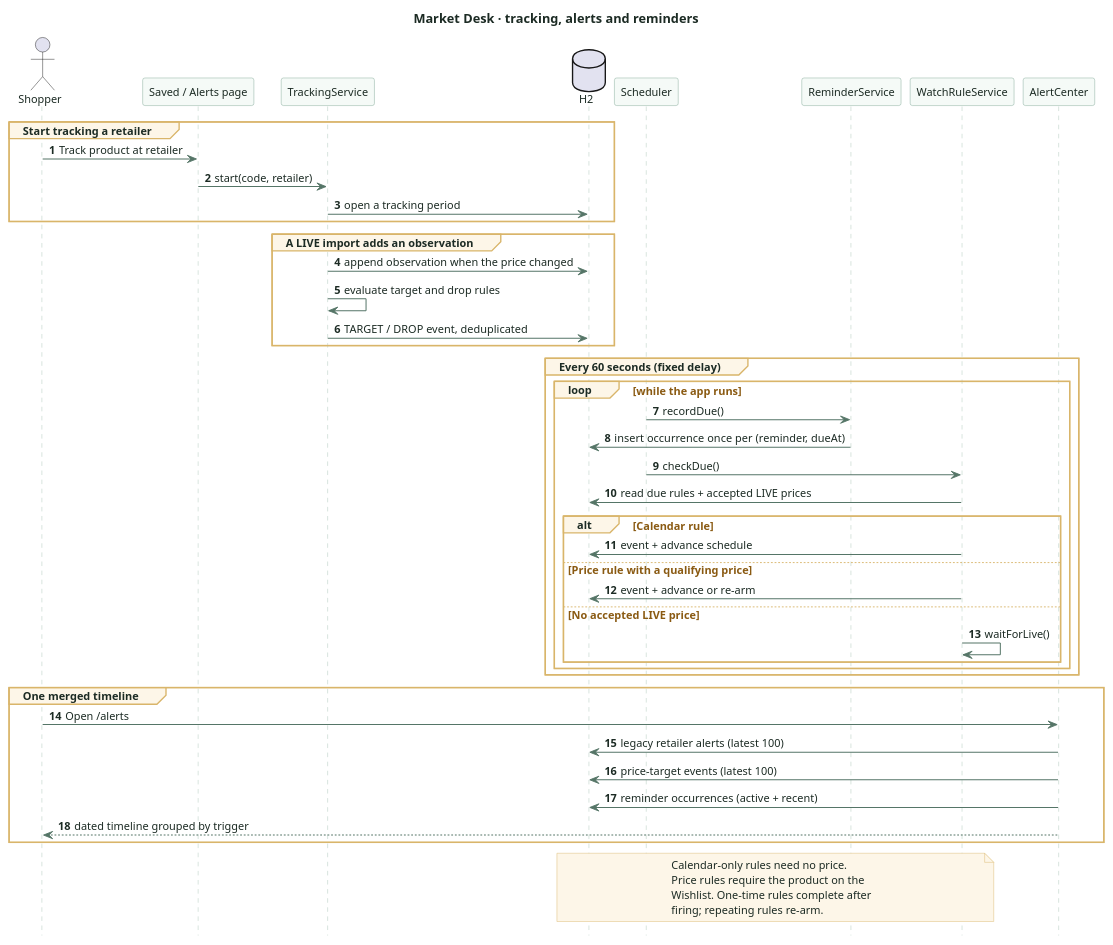
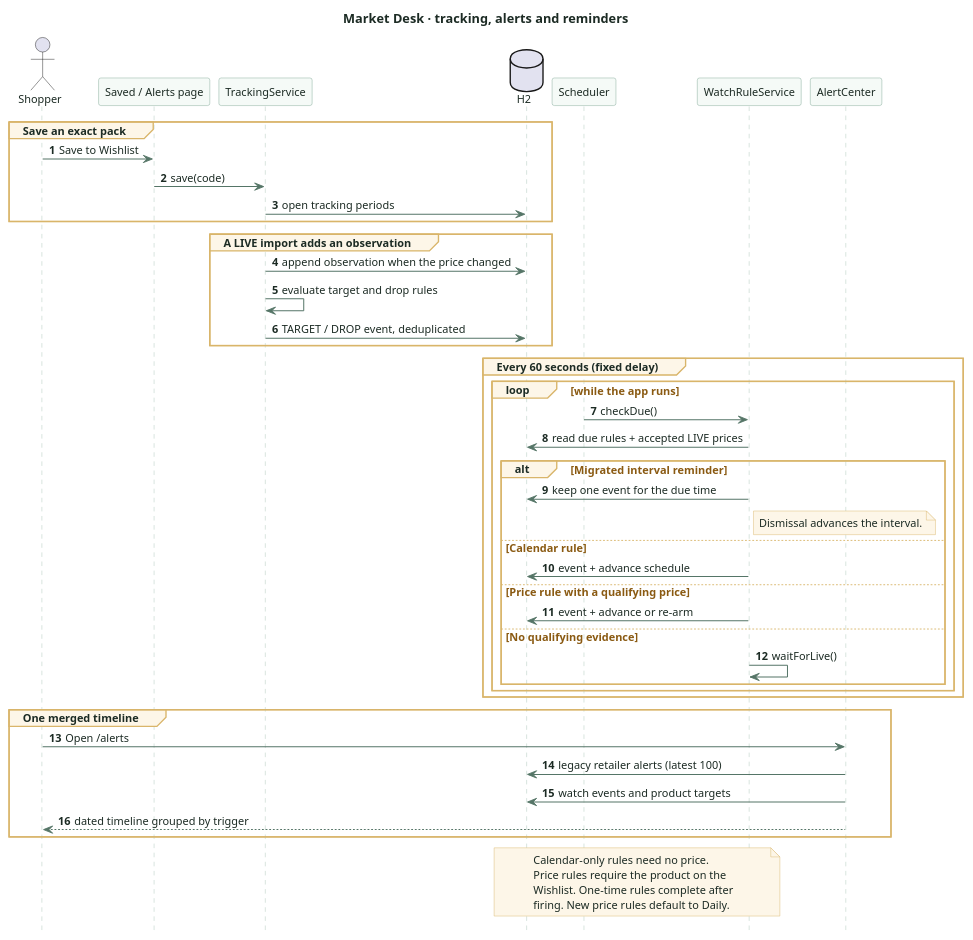
One commit to LamHeiKit230208993/CS3383-Project changed the diagram in docs/guide/system-guide/diagrams/sequence-alerts.puml. Above: the diagram before and after it, drawn with PlantUML. The commit also changed 42 other files, not shown here.

```diff
--- a/docs/guide/system-guide/diagrams/sequence-alerts.puml
+++ b/docs/guide/system-guide/diagrams/sequence-alerts.puml
@@ -1,75 +1,76 @@
 @startuml
 autonumber
 hide footbox
 skinparam backgroundColor transparent
 skinparam defaultFontName "Segoe UI"
 skinparam defaultFontSize 12
 skinparam defaultFontColor #1C2B24
 skinparam shadowing false
 skinparam arrowColor #557567
 skinparam arrowThickness 1.1
 skinparam sequenceParticipantBackgroundColor #F5FAF7
 skinparam sequenceParticipantBorderColor #7FA694
 skinparam sequenceParticipantFontColor #1C2B24
 skinparam sequenceLifeLineBorderColor #A9C4B6
 skinparam sequenceGroupBackgroundColor #FDF6E8
 skinparam sequenceGroupBorderColor #D9B56A
 skinparam sequenceGroupFontColor #8A5A12
 skinparam noteBackgroundColor #FDF6E8
 skinparam noteBorderColor #D9B56A
 
 title Market Desk · tracking, alerts and reminders
 
 actor Shopper
 participant "Saved / Alerts page" as Web
 participant "TrackingService" as Tracking
 database "H2" as DB
 participant "Scheduler" as Scheduler
-participant "ReminderService" as Reminders
 participant "WatchRuleService" as Watch
 participant "AlertCenter" as Center
 
-group Start tracking a retailer
-  Shopper -> Web : Track product at retailer
-  Web -> Tracking : start(code, retailer)
-  Tracking -> DB : open a tracking period
+group Save an exact pack
+  Shopper -> Web : Save to Wishlist
+  Web -> Tracking : save(code)
+  Tracking -> DB : open tracking periods
 end
 
 group A LIVE import adds an observation
   Tracking -> DB : append observation when the price changed
   Tracking -> Tracking : evaluate target and drop rules
   Tracking -> DB : TARGET / DROP event, deduplicated
 end
 
 group Every 60 seconds (fixed delay)
   loop while the app runs
-    Scheduler -> Reminders : recordDue()
-    Reminders -> DB : insert occurrence once per (reminder, dueAt)
     Scheduler -> Watch : checkDue()
     Watch -> DB : read due rules + accepted LIVE prices
-    alt Calendar rule
+    alt Migrated interval reminder
+      Watch -> DB : keep one event for the due time
+      note right of Watch
+        Dismissal advances the interval.
+      end note
+    else Calendar rule
       Watch -> DB : event + advance schedule
     else Price rule with a qualifying price
       Watch -> DB : event + advance or re-arm
-    else No accepted LIVE price
+    else No qualifying evidence
       Watch -> Watch : waitForLive()
     end
   end
 end
 
 group One merged timeline
   Shopper -> Center : Open /alerts
   Center -> DB : legacy retailer alerts (latest 100)
-  Center -> DB : price-target events (latest 100)
-  Center -> DB : reminder occurrences (active + recent)
+  Center -> DB : watch events and product targets
   Center --> Shopper : dated timeline grouped by trigger
 end
 
 note over Watch, DB
   Calendar-only rules need no price.
   Price rules require the product on the
   Wishlist. One-time rules complete after
-  firing; repeating rules re-arm.
+  firing. New price rules default to Daily.
 end note
 
 @enduml
```
